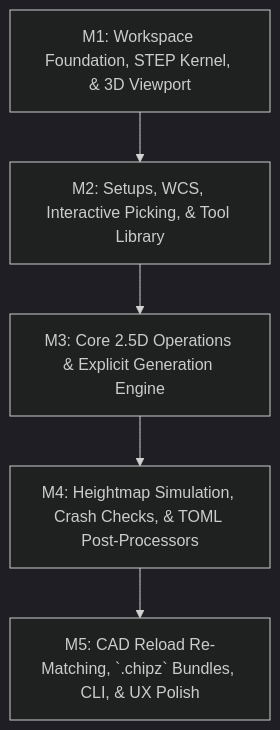
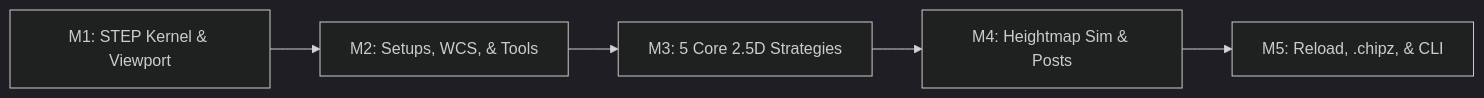
The first of 2 diagrams in specs/10-roadmap.md (rk29/ChipCutter), drawn with Mermaid (dark theme) before and after one commit. The commit also changed other lines of this file and 11 other files, not shown here.

Commit message:
docs(specs): define v2 scope, chip-sketch architecture, and M6-M9 roadmap

````diff
--- a/specs/10-roadmap.md
+++ b/specs/10-roadmap.md
@@ -6,7 +6,7 @@
 ```mermaid
-flowchart TD
-    M1["M1: Workspace Foundation, STEP Kernel, & 3D Viewport"] --> M2["M2: Setups, WCS, Interactive Picking, & Tool Library"]
-    M2 --> M3["M3: Core 2.5D Operations & Explicit Generation Engine"]
-    M3 --> M4["M4: Heightmap Simulation, Crash Checks, & TOML Post-Processors"]
-    M4 --> M5["M5: CAD Reload Re-Matching, `.chipz` Bundles, CLI, & UX Polish"]
+flowchart LR
+    M1["M1: STEP Kernel & Viewport"] --> M2["M2: Setups, WCS, & Tools"]
+    M2 --> M3["M3: 5 Core 2.5D Strategies"]
+    M3 --> M4["M4: Heightmap Sim & Posts"]
+    M4 --> M5["M5: Reload, .chipz, & CLI"]
 ```
````
